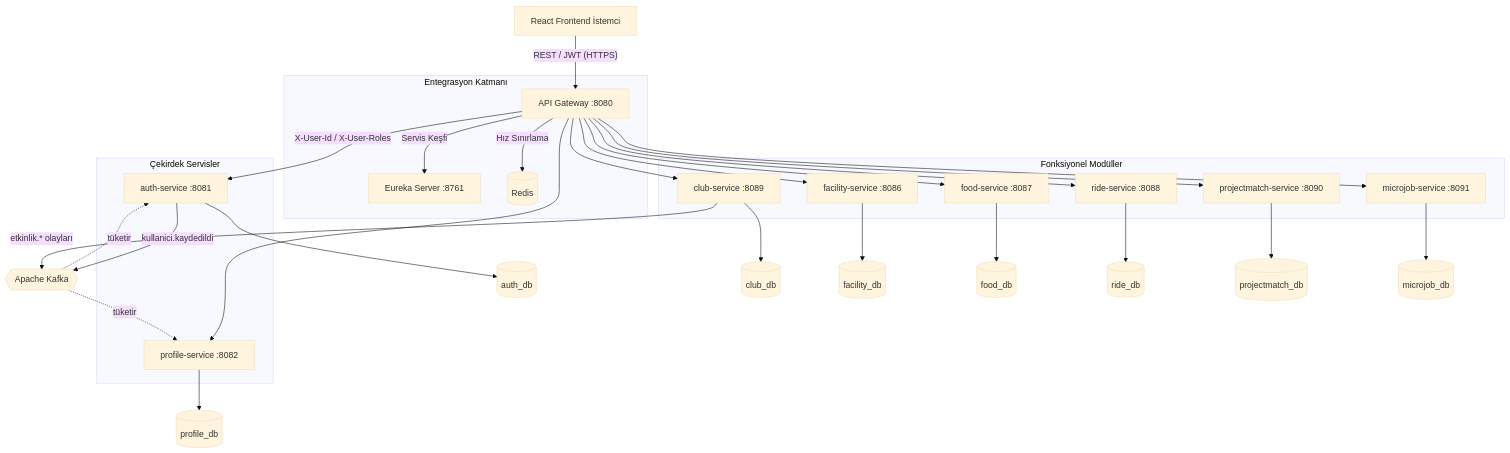
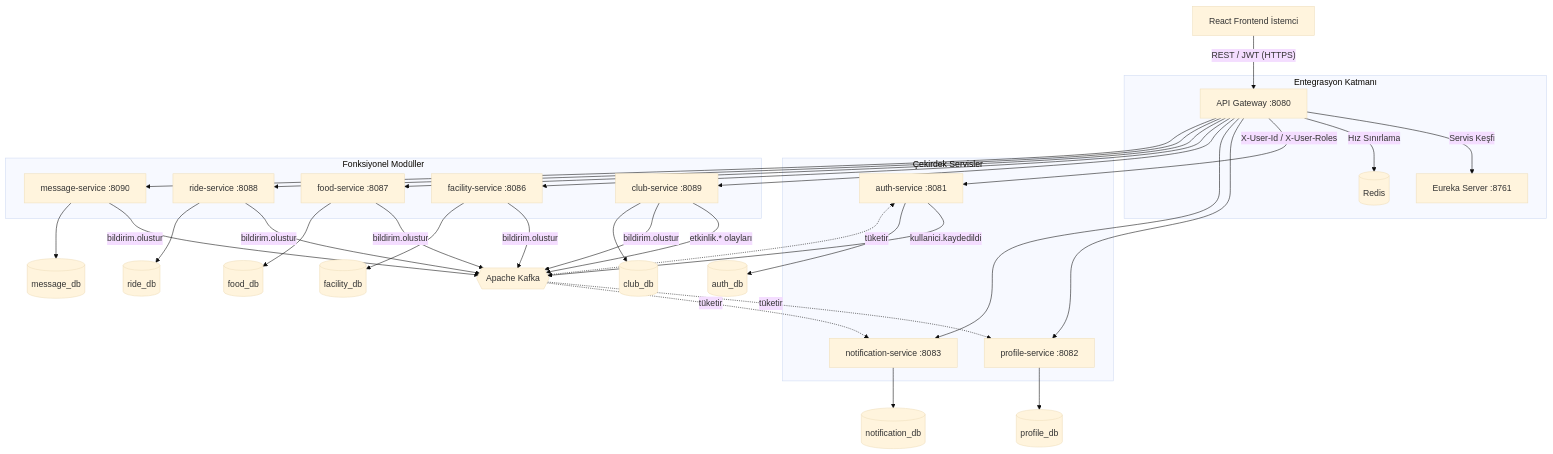
Before and after one commit to tolguner/IsikCampusOS: the first of 9 diagrams in docs/tez/bolum3_yontem.md, drawn with Mermaid (base theme). The commit also changed other lines of this file and 43 other files, not shown here.

````diff
--- a/docs/tez/bolum3_yontem.md
+++ b/docs/tez/bolum3_yontem.md
@@ -68,37 +70,43 @@
 ```mermaid
 flowchart TD
     Client["React Frontend İstemci"] -->|"REST / JWT (HTTPS)"| Gateway["API Gateway :8080"]
 
     subgraph Kesif["Entegrasyon Katmanı"]
         Gateway -->|"Servis Keşfi"| Eureka["Eureka Server :8761"]
         Gateway -->|"Hız Sınırlama"| Redis[("Redis")]
     end
 
     subgraph Cekirdek["Çekirdek Servisler"]
         Gateway -->|"X-User-Id / X-User-Roles"| Auth["auth-service :8081"]
         Gateway --> Profile["profile-service :8082"]
+        Gateway --> Notif["notification-service :8083"]
     end
 
     subgraph Domain["Fonksiyonel Modüller"]
         Gateway --> Event["club-service :8089"]
         Gateway --> Facility["facility-service :8086"]
         Gateway --> Food["food-service :8087"]
         Gateway --> Ride["ride-service :8088"]
-        Gateway --> ProjMatch["projectmatch-service :8090"]
-        Gateway --> MicroJob["microjob-service :8091"]
+        Gateway --> Message["message-service :8090"]
     end
 
     Auth -->|"kullanici.kaydedildi"| Kafka{{"Apache Kafka"}}
     Kafka -.->|"tüketir"| Profile
     Event -->|"etkinlik.* olayları"| Kafka
     Kafka -.->|"tüketir"| Auth
+    Event -->|"bildirim.olustur"| Kafka
+    Facility -->|"bildirim.olustur"| Kafka
+    Food -->|"bildirim.olustur"| Kafka
+    Ride -->|"bildirim.olustur"| Kafka
+    Message -->|"bildirim.olustur"| Kafka
+    Kafka -.->|"tüketir"| Notif
 
     Auth --> AuthDB[("auth_db")]
     Profile --> ProfDB[("profile_db")]
+    Notif --> NotifDB[("notification_db")]
     Event --> EventDB[("club_db")]
     Facility --> FacDB[("facility_db")]
     Food --> FoodDB[("food_db")]
     Ride --> RideDB[("ride_db")]
-    ProjMatch --> PMDB[("projectmatch_db")]
-    MicroJob --> MJDB[("microjob_db")]
+    Message --> MsgDB[("message_db")]
 ```
````
